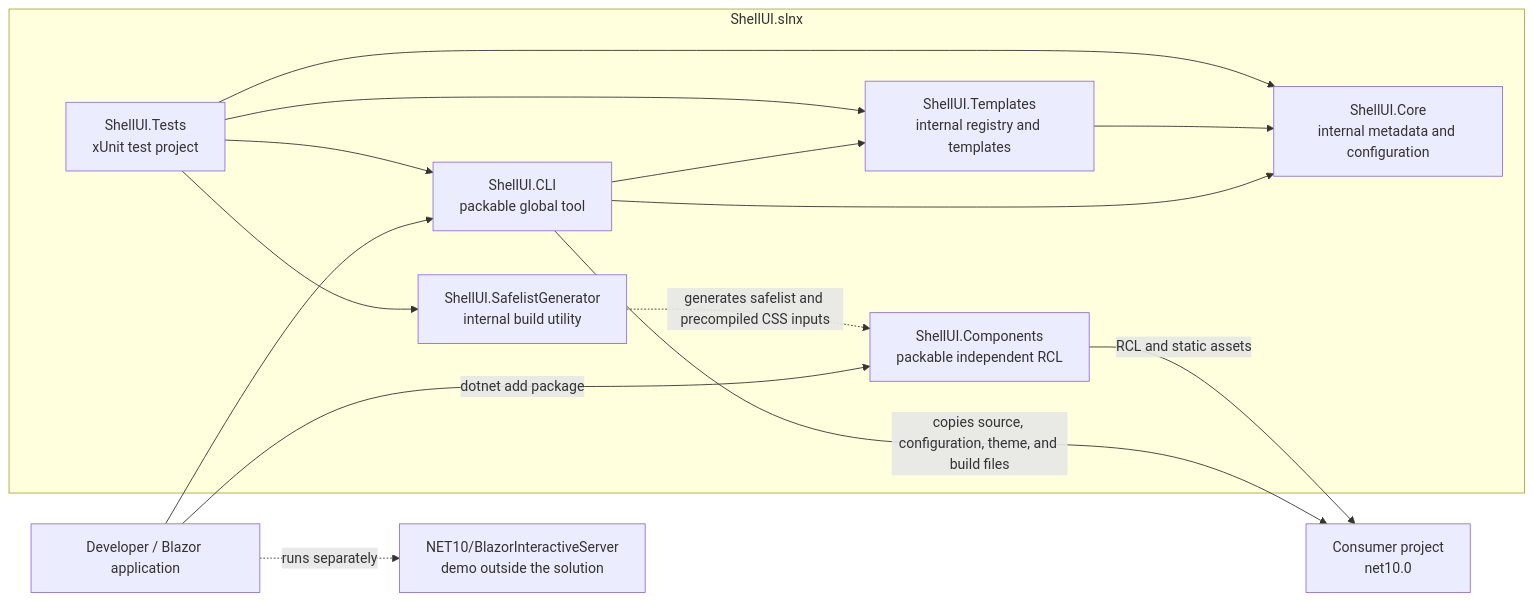
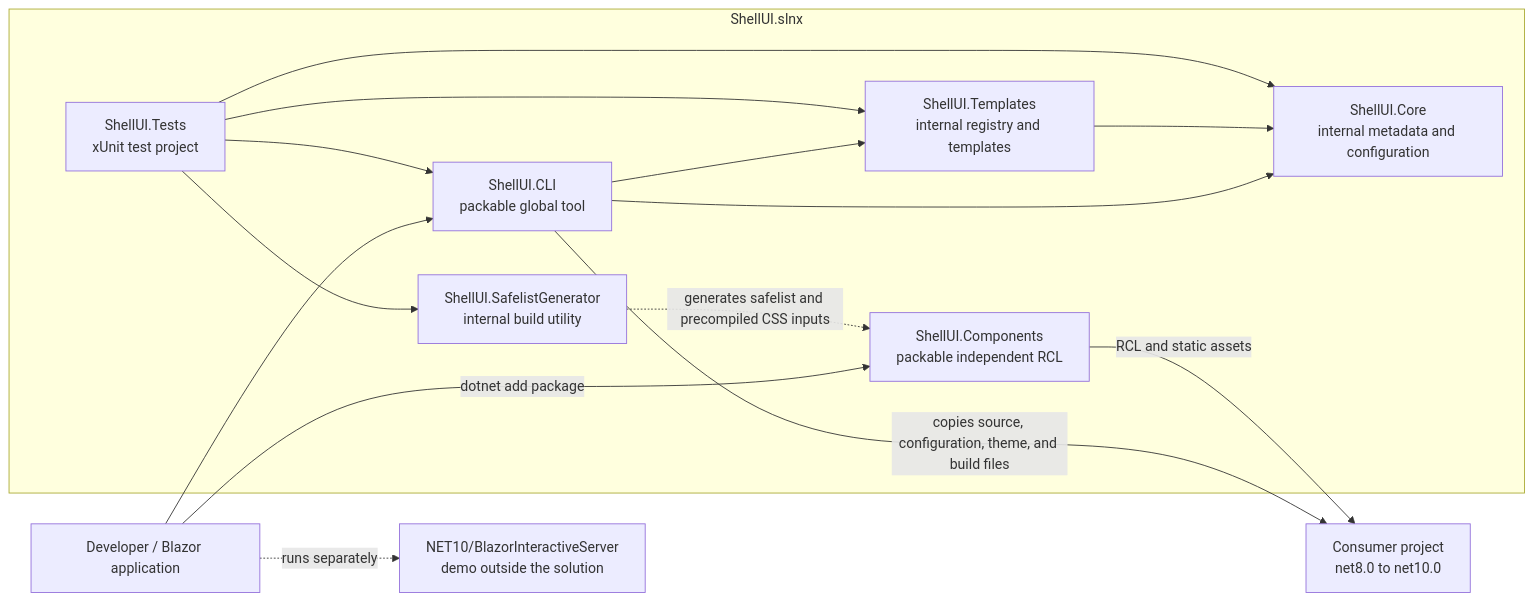
One commit to shellui-dev/shellui changed the diagram in docs/ARCHITECTURE.md. Above: the diagram before and after it, drawn with Mermaid. The commit also changed other lines of this file and 19 other files, not shown here.

````diff
--- a/docs/ARCHITECTURE.md
+++ b/docs/ARCHITECTURE.md
@@ -20,30 +20,30 @@
 ```mermaid
 flowchart LR
     Developer[Developer / Blazor application]
 
     subgraph Solution[ShellUI.slnx]
         CLI[ShellUI.CLI<br/>packable global tool]
         Components[ShellUI.Components<br/>packable independent RCL]
         Core[ShellUI.Core<br/>internal metadata and configuration]
         Templates[ShellUI.Templates<br/>internal registry and templates]
         Tests[ShellUI.Tests<br/>xUnit test project]
         Safelist[ShellUI.SafelistGenerator<br/>internal build utility]
     end
 
-    Project[Consumer project<br/>net10.0]
+    Project[Consumer project<br/>net8.0 to net10.0]
     Demo[NET10/BlazorInteractiveServer<br/>demo outside the solution]
 
     Developer --> CLI
     CLI --> Core
     CLI --> Templates
     Templates --> Core
     CLI -->|copies source, configuration, theme, and build files| Project
     Developer -->|dotnet add package| Components
     Components -->|RCL and static assets| Project
     Tests --> CLI
     Tests --> Core
     Tests --> Templates
     Tests --> Safelist
     Safelist -.->|generates safelist and precompiled CSS inputs| Components
     Developer -.->|runs separately| Demo
 ```
````
